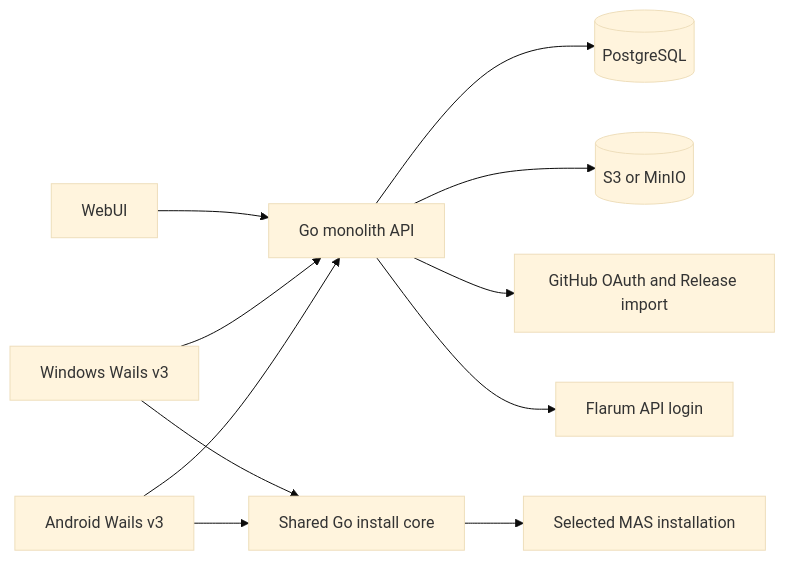
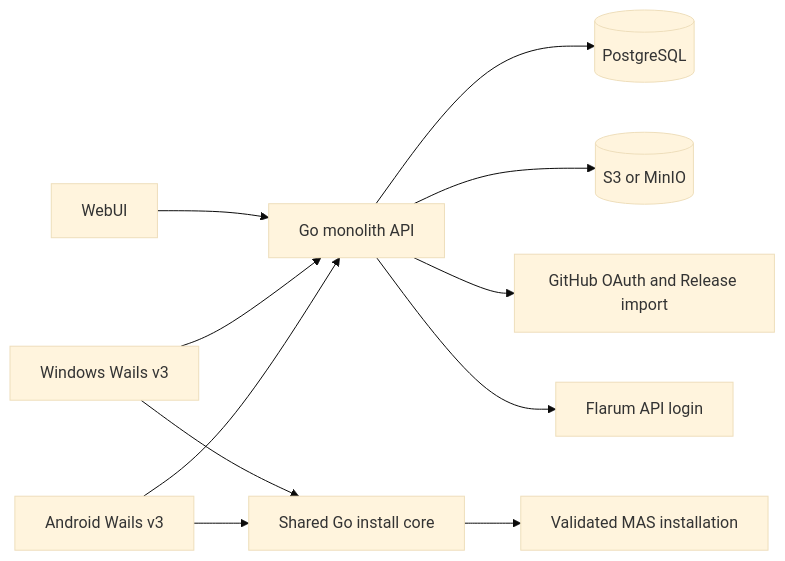
One commit to MAS-Submod-MoyuTeam/Reze_SubmodHub changed the diagram in docs/aegis/specs/2026-09-25-submodhub-design.md. Above: the diagram before and after it, drawn with Mermaid (base theme). The commit also changed other lines of this file and 273 other files, not shown here.

````diff
--- a/docs/aegis/specs/2026-09-25-submodhub-design.md
+++ b/docs/aegis/specs/2026-09-25-submodhub-design.md
@@ -23,13 +23,13 @@
 ```mermaid
 flowchart LR
   W[WebUI] --> API[Go monolith API]
   C[Windows Wails v3] --> API
   A[Android Wails v3] --> API
   API --> DB[(PostgreSQL)]
   API --> OBJ[(S3 or MinIO)]
   API --> GH[GitHub OAuth and Release import]
   API --> FL[Flarum API login]
   C --> CORE[Shared Go install core]
   A --> CORE
-  CORE --> FS[Selected MAS installation]
+  CORE --> FS[Validated MAS installation]
 ```
````
